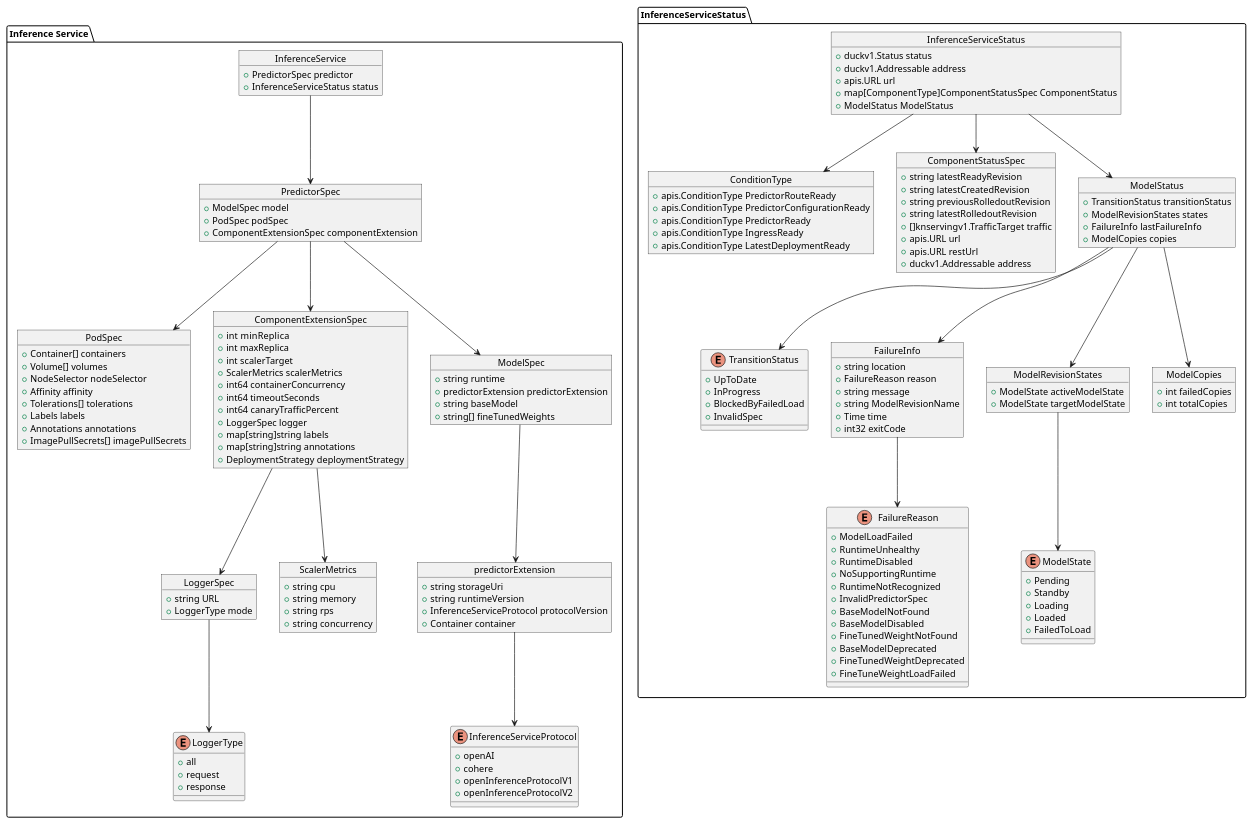
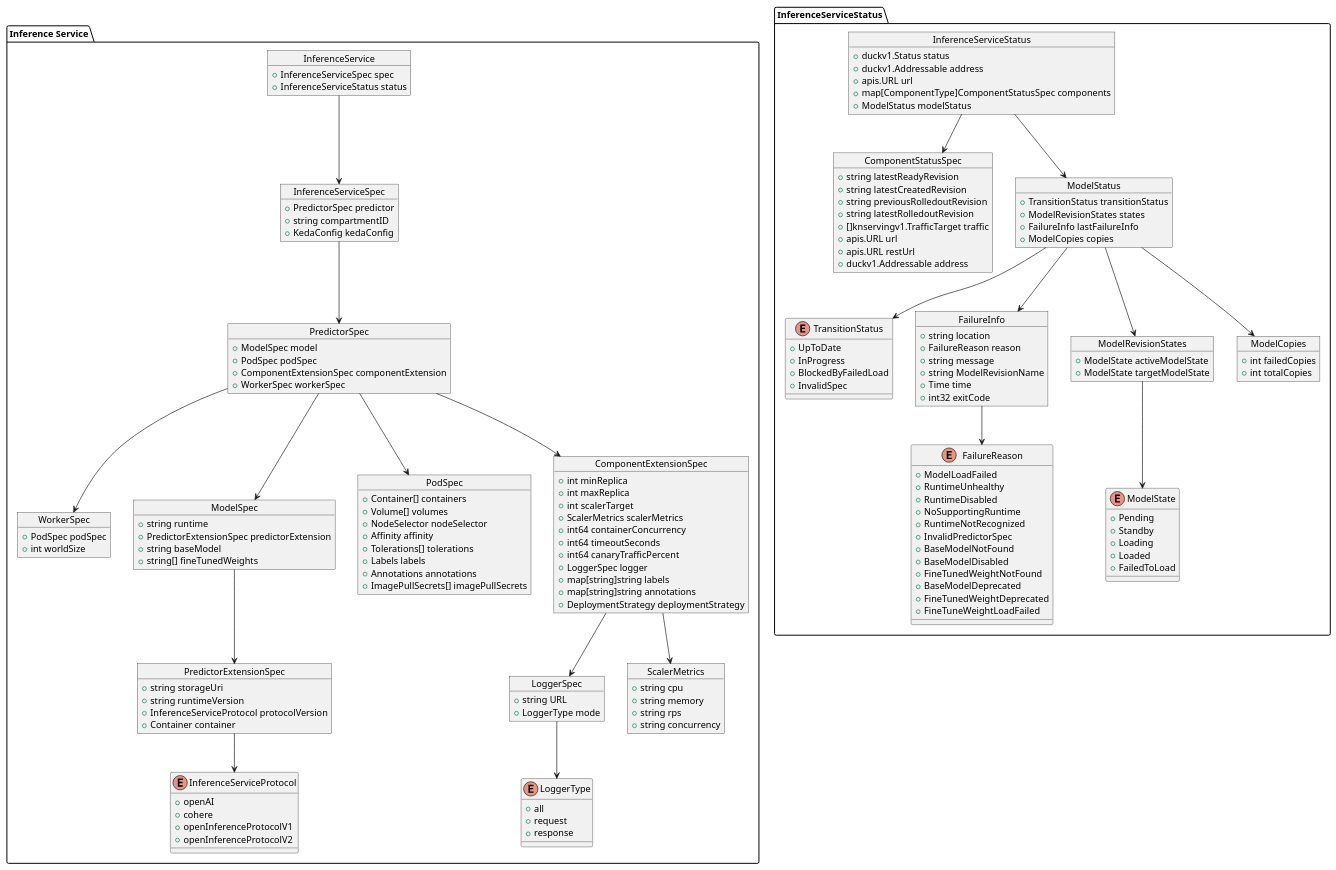
Before and after one commit to sgl-project/ome: the diagram in site/assets/inference_service.plantuml, drawn with PlantUML. The commit also changed 10 other files, not shown here.

First line of the commit message:
[Docs] updating existing plantuml to reflect CRD updates

```diff
--- a/site/assets/inference_service.plantuml
+++ b/site/assets/inference_service.plantuml
@@ -1,181 +1,189 @@
 @startuml
 
 package "Inference Service" {
   object InferenceService {
-    + PredictorSpec predictor
+    + InferenceServiceSpec spec
     + InferenceServiceStatus status
   }
+
+  object InferenceServiceSpec {
+    + PredictorSpec predictor
+    + string compartmentID
+    + KedaConfig kedaConfig
+  }
+
   object PredictorSpec {
     + ModelSpec model
     + PodSpec podSpec
     + ComponentExtensionSpec componentExtension
+    + WorkerSpec workerSpec
   }
+
+  object WorkerSpec {
+    + PodSpec podSpec
+    + int worldSize
+  }
+
+  object ModelSpec {
+    + string runtime
+    + PredictorExtensionSpec predictorExtension
+    + string baseModel
+    + string[] fineTunedWeights
+  }
+
+  object PredictorExtensionSpec {
+    + string storageUri
+    + string runtimeVersion
+    + InferenceServiceProtocol protocolVersion
+    + Container container
+  }
+
   object PodSpec {
     + Container[] containers
     + Volume[] volumes
     + NodeSelector nodeSelector
     + Affinity affinity
     + Tolerations[] tolerations
     + Labels labels
     + Annotations annotations
     + ImagePullSecrets[] imagePullSecrets
   }
+
   object ComponentExtensionSpec {
-    + int  minReplica
+    + int minReplica
     + int maxReplica
     + int scalerTarget
     + ScalerMetrics scalerMetrics
     + int64 containerConcurrency
     + int64 timeoutSeconds
     + int64 canaryTrafficPercent
     + LoggerSpec logger
     + map[string]string labels
     + map[string]string annotations
     + DeploymentStrategy deploymentStrategy
   }
 
   object LoggerSpec {
     + string URL
     + LoggerType mode
   }
 
   enum LoggerType {
     + all
     + request
     + response
   }
 
-  object ModelSpec {
-    + string runtime
-    + predictorExtension predictorExtension
-    + string baseModel
-    + string[] fineTunedWeights
-  }
-
-  object predictorExtension {
-    + string storageUri
-    + string runtimeVersion
-    + InferenceServiceProtocol protocolVersion
-    + Container container
-  }
-
-  enum InferenceServiceProtocol{
+  enum InferenceServiceProtocol {
     + openAI
     + cohere
     + openInferenceProtocolV1
     + openInferenceProtocolV2
   }
 
   object ScalerMetrics {
     + string cpu
     + string memory
     + string rps
     + string concurrency
   }
 
-  InferenceService --> PredictorSpec
+  InferenceService --> InferenceServiceSpec
+  InferenceServiceSpec --> PredictorSpec
   PredictorSpec --> ModelSpec
   PredictorSpec --> PodSpec
   PredictorSpec --> ComponentExtensionSpec
-  predictorExtension --> InferenceServiceProtocol
+  PredictorSpec --> WorkerSpec
+  ModelSpec --> PredictorExtensionSpec
+  PredictorExtensionSpec --> InferenceServiceProtocol
   ComponentExtensionSpec --> ScalerMetrics
   ComponentExtensionSpec --> LoggerSpec
   LoggerSpec --> LoggerType
-  ModelSpec --> predictorExtension
 }
 
 package InferenceServiceStatus {
   object InferenceServiceStatus {
     + duckv1.Status status
     + duckv1.Addressable address
     + apis.URL url
-    + map[ComponentType]ComponentStatusSpec ComponentStatus
-    + ModelStatus ModelStatus
-  }
-
-  object ConditionType {
-    + apis.ConditionType PredictorRouteReady
-    + apis.ConditionType PredictorConfigurationReady
-    + apis.ConditionType PredictorReady
-    + apis.ConditionType IngressReady
-    + apis.ConditionType LatestDeploymentReady
+    + map[ComponentType]ComponentStatusSpec components
+    + ModelStatus modelStatus
   }
 
   object ComponentStatusSpec {
     + string latestReadyRevision
     + string latestCreatedRevision
     + string previousRolledoutRevision
     + string latestRolledoutRevision
     + []knservingv1.TrafficTarget traffic
     + apis.URL url
     + apis.URL restUrl
     + duckv1.Addressable address
   }
 
   object ModelStatus {
     + TransitionStatus transitionStatus
     + ModelRevisionStates states
     + FailureInfo lastFailureInfo
     + ModelCopies copies
   }
 
   enum TransitionStatus {
     + UpToDate
     + InProgress
     + BlockedByFailedLoad
     + InvalidSpec
   }
 
   object FailureInfo {
     + string location
     + FailureReason reason
     + string message
     + string ModelRevisionName
     + Time time
     + int32 exitCode
   }
 
   enum FailureReason {
     + ModelLoadFailed
     + RuntimeUnhealthy
     + RuntimeDisabled
     + NoSupportingRuntime
     + RuntimeNotRecognized
     + InvalidPredictorSpec
     + BaseModelNotFound
     + BaseModelDisabled
     + FineTunedWeightNotFound
     + BaseModelDeprecated
     + FineTunedWeightDeprecated
     + FineTuneWeightLoadFailed
   }
 
   object ModelRevisionStates {
     + ModelState activeModelState
     + ModelState targetModelState
   }
 
   enum ModelState {
     + Pending
     + Standby
     + Loading
     + Loaded
     + FailedToLoad
   }
 
   object ModelCopies {
     + int failedCopies
     + int totalCopies
   }
 
   InferenceServiceStatus --> ComponentStatusSpec
   InferenceServiceStatus --> ModelStatus
-  InferenceServiceStatus --> ConditionType
   ModelStatus --> ModelRevisionStates
   ModelStatus --> FailureInfo
   ModelStatus --> TransitionStatus
   ModelStatus --> ModelCopies
-  FailureInfo --> FailureReason 
+  FailureInfo --> FailureReason
   ModelRevisionStates --> ModelState
 }
 @enduml
```
